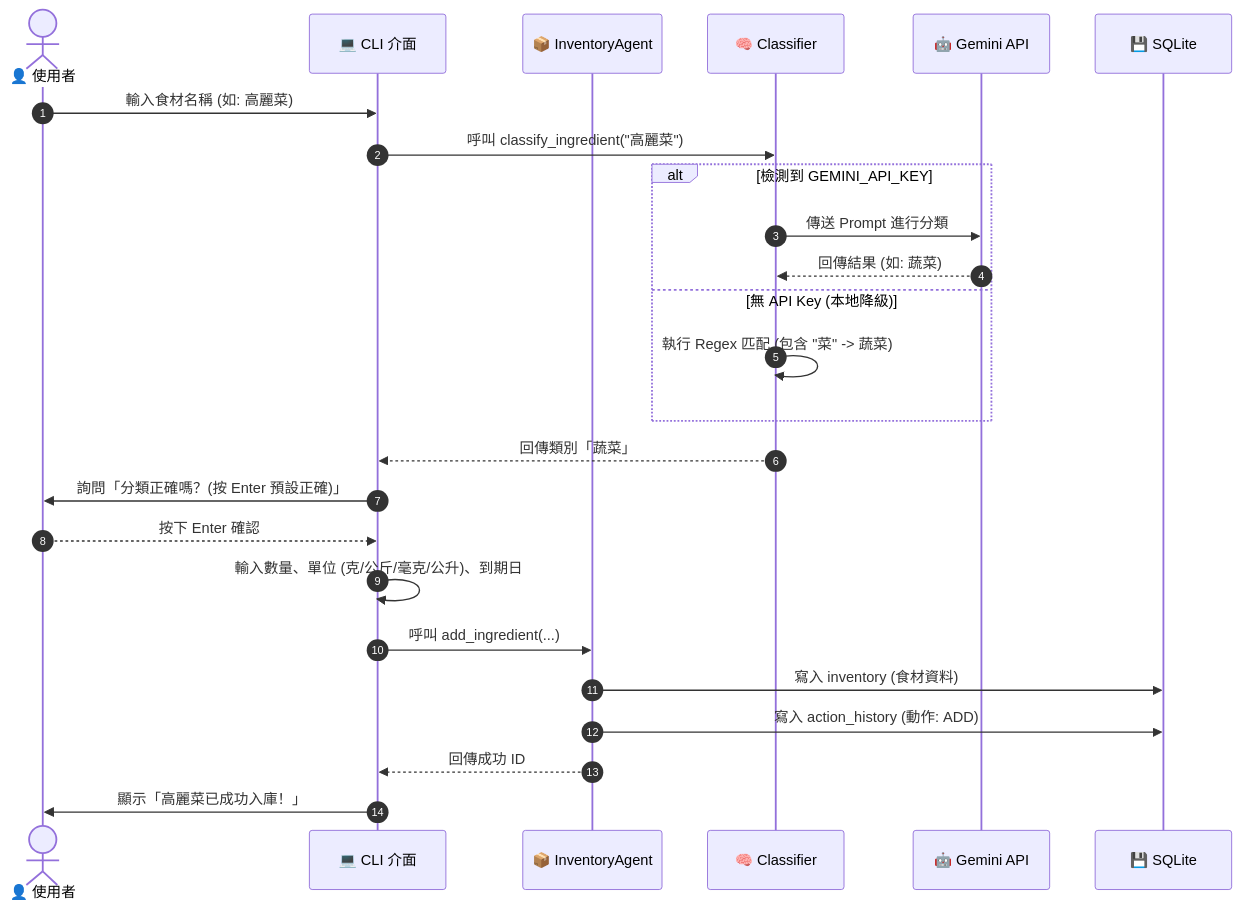
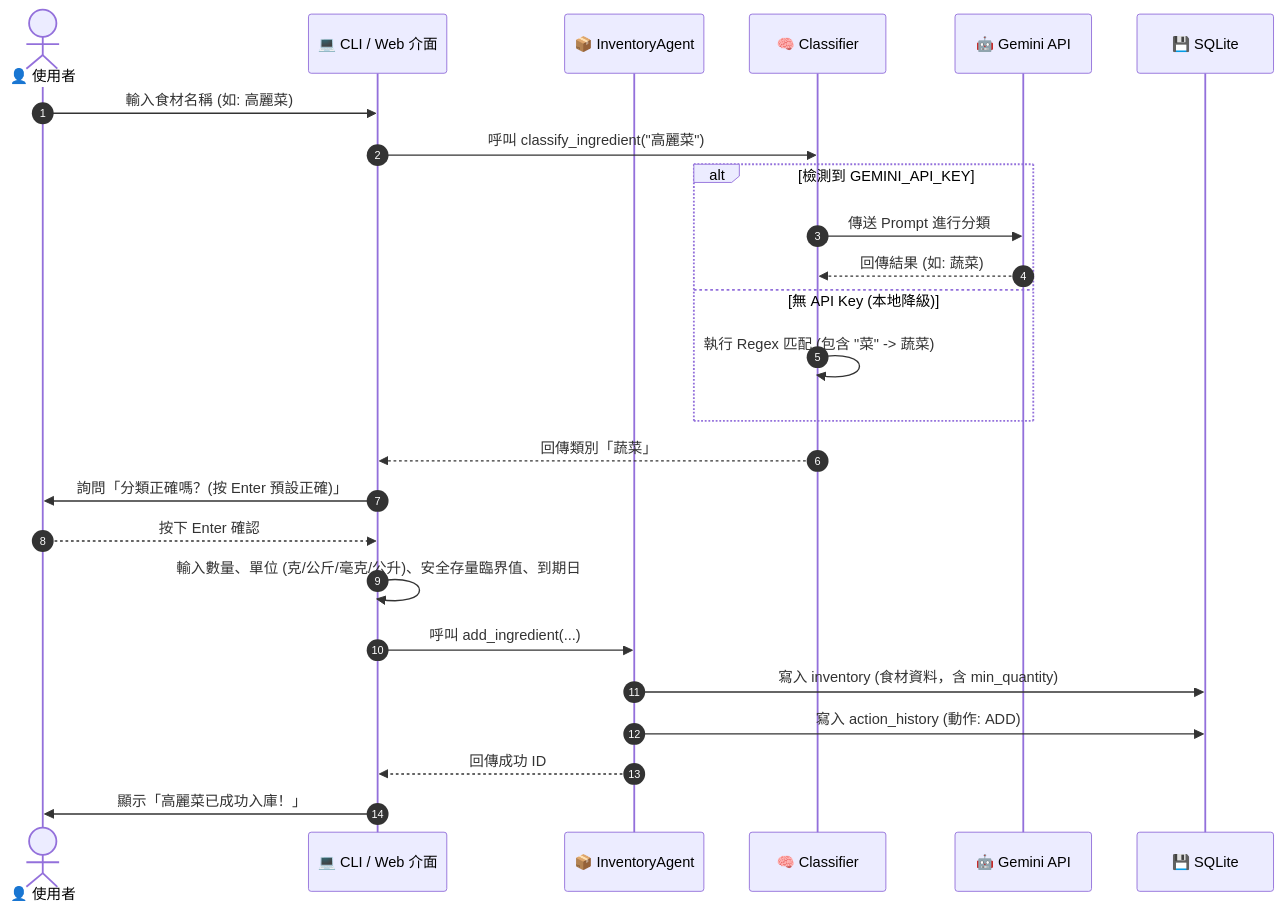
One commit to hsuvivi1000-design/Smart-Fridge-Manager- changed the second of 4 diagrams in docs/ARCHITECTURE.md. Above: the diagram before and after it, drawn with Mermaid. The commit also changed other lines of this file and 9 other files, not shown here.

````diff
--- a/docs/ARCHITECTURE.md
+++ b/docs/ARCHITECTURE.md
@@ -43,28 +53,28 @@
 ```mermaid
 sequenceDiagram
     autonumber
     actor User as 👤 使用者
-    participant UI as 💻 CLI 介面
+    participant UI as 💻 CLI / Web 介面
     participant Agent as 📦 InventoryAgent
     participant Classify as 🧠 Classifier
     participant LLM as 🤖 Gemini API
     participant DB as 💾 SQLite
 
     User->>UI: 輸入食材名稱 (如: 高麗菜)
     UI->>Classify: 呼叫 classify_ingredient("高麗菜")
     alt 檢測到 GEMINI_API_KEY
         Classify->>LLM: 傳送 Prompt 進行分類
         LLM-->>Classify: 回傳結果 (如: 蔬菜)
     else 無 API Key (本地降級)
         Classify->>Classify: 執行 Regex 匹配 (包含 "菜" -> 蔬菜)
     end
     Classify-->>UI: 回傳類別「蔬菜」
     UI->>User: 詢問「分類正確嗎？(按 Enter 預設正確)」
     User-->>UI: 按下 Enter 確認
-    UI->>UI: 輸入數量、單位 (克/公斤/毫克/公升)、到期日
+    UI->>UI: 輸入數量、單位 (克/公斤/毫克/公升)、安全存量臨界值、到期日
     UI->>Agent: 呼叫 add_ingredient(...)
-    Agent->>DB: 寫入 inventory (食材資料)
+    Agent->>DB: 寫入 inventory (食材資料，含 min_quantity)
     Agent->>DB: 寫入 action_history (動作: ADD)
     Agent-->>UI: 回傳成功 ID
     UI->>User: 顯示「高麗菜已成功入庫！」
 ```
````
